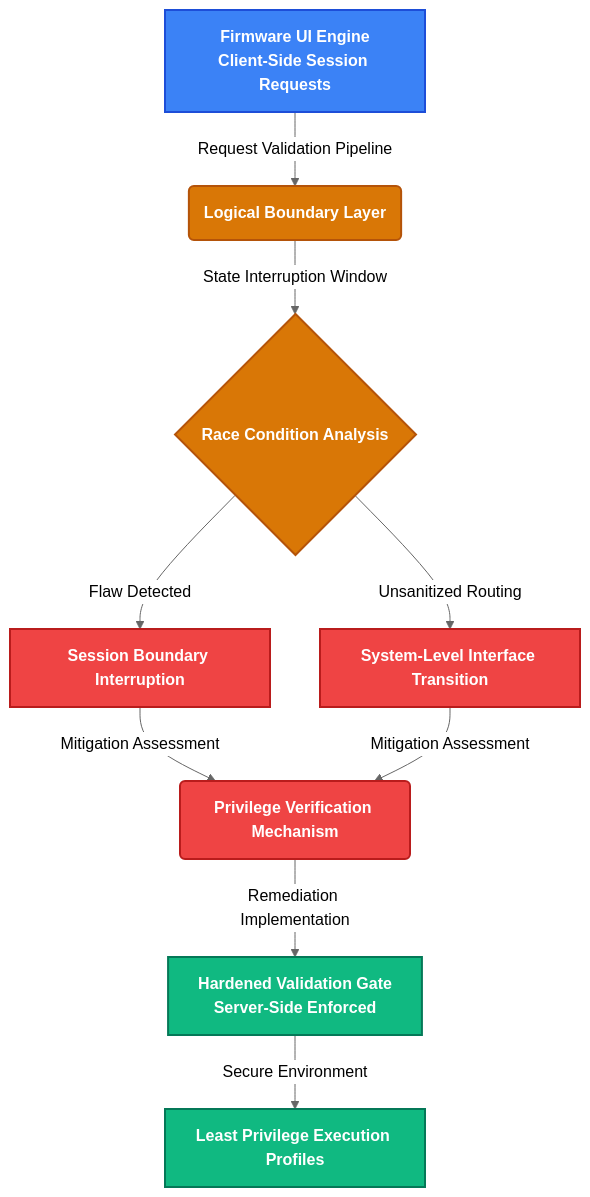
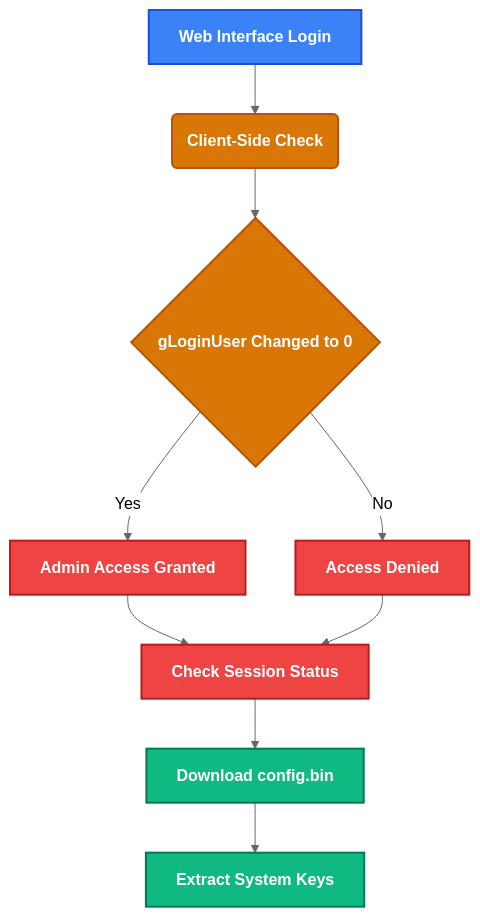
One commit to boutaba-motezeballah/fiberhome-privesc-0day changed the diagram in README.md. Above: the diagram before and after it, drawn with Mermaid (neutral theme).

Commit message:
Update flowchart in README for session handling

````diff
--- a/README.md
+++ b/README.md
@@ -19,27 +19,27 @@
 ```mermaid
 graph TD
     %% Base Styling
     classDef default fill:#1f2937,stroke:#4b5563,stroke-width:2px,color:#f3f4f6;
     classDef audit fill:#3b82f6,stroke:#1d4ed8,stroke-width:2px,color:#fff,font-weight:bold;
     classDef logic fill:#d97706,stroke:#b45309,stroke-width:2px,color:#fff,font-weight:bold;
     classDef secure fill:#10b981,stroke:#047857,stroke-width:2px,color:#fff,font-weight:bold;
     classDef flaw fill:#ef4444,stroke:#b91c1c,stroke-width:2px,color:#fff,font-weight:bold;
 
-    A[Firmware UI Engine<br>Client-Side Session Requests] -->|Request Validation Pipeline| B(Logical Boundary Layer)
+    A[Web Interface Login] --> B(Client-Side Check)
     
-    B -->|State Interruption Window| C{Race Condition Analysis}
+    B --> C{gLoginUser Changed to 0}
     
-    C -->|Flaw Detected| D[Session Boundary Interruption]
-    C -->|Unsanitized Routing| E[System-Level Interface Transition]
+    C -->|Yes| D[Admin Access Granted]
+    C -->|No| E[Access Denied]
     
-    D & E -->|Mitigation Assessment| F(Privilege Verification Mechanism)
+    D & E --> F[Check Session Status]
     
-    F -->|Remediation Implementation| G[Hardened Validation Gate<br>Server-Side Enforced]
-    G -->|Secure Environment| H[Least Privilege Execution Profiles]
+    F --> G[Download config.bin]
+    G --> H[Extract System Keys]
 
     %% Applying Classes
     class A audit;
     class B,C logic;
     class G,H secure;
     class D,E,F flaw;
 ```
````
